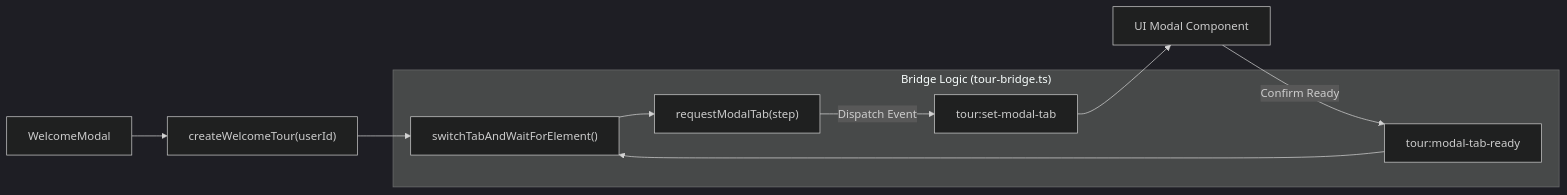
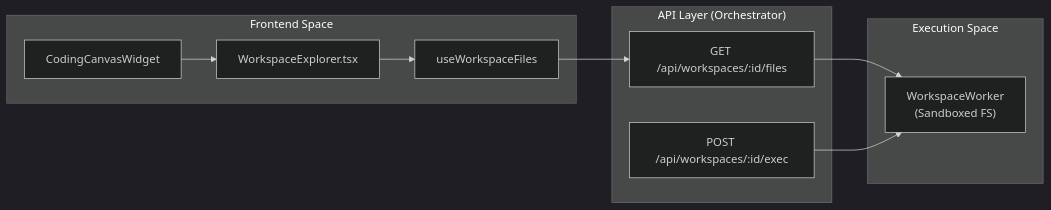
Before and after one commit to AutomatosAI/automatos-ai: the second of 2 diagrams in docs/frontend-architecture/_index.md, drawn with Mermaid (dark theme). The commit also changed other lines of this file and 153 other files, not shown here.

````diff
--- a/docs/frontend-architecture/_index.md
+++ b/docs/frontend-architecture/_index.md
@@ -150,18 +134,23 @@
 ```mermaid
 graph LR
-    WelcomeModal["WelcomeModal"] --> createWelcomeTour["createWelcomeTour(userId)"]
-    
-    subgraph "Bridge Logic (tour-bridge.ts)"
-        requestModalTab["requestModalTab(step)"]
-        switchTabAndWait["switchTabAndWaitForElement()"]
-        SET_MODAL_TAB["tour:set-modal-tab"]
-        MODAL_TAB_READY["tour:modal-tab-ready"]
+    subgraph "Frontend Space"
+        Explorer["WorkspaceExplorer.tsx"]
+        Hook["useWorkspaceFiles"]
+        Widget["CodingCanvasWidget"]
     end
     
-    createWelcomeTour --> switchTabAndWait
-    switchTabAndWait --> requestModalTab
-    requestModalTab -- "Dispatch Event" --> SET_MODAL_TAB
-    SET_MODAL_TAB --> ModalTabs["UI Modal Component"]
-    ModalTabs -- "Confirm Ready" --> MODAL_TAB_READY
-    MODAL_TAB_READY --> switchTabAndWait
+    subgraph "API Layer (Orchestrator)"
+        FilesAPI["GET /api/workspaces/:id/files"]
+        ExecAPI["POST /api/workspaces/:id/exec"]
+    end
+    
+    subgraph "Execution Space"
+        Worker["WorkspaceWorker<br/>(Sandboxed FS)"]
+    end
+    
+    Explorer --> Hook
+    Hook --> FilesAPI
+    Widget --> Explorer
+    FilesAPI --> Worker
+    ExecAPI --> Worker
 ```
````
